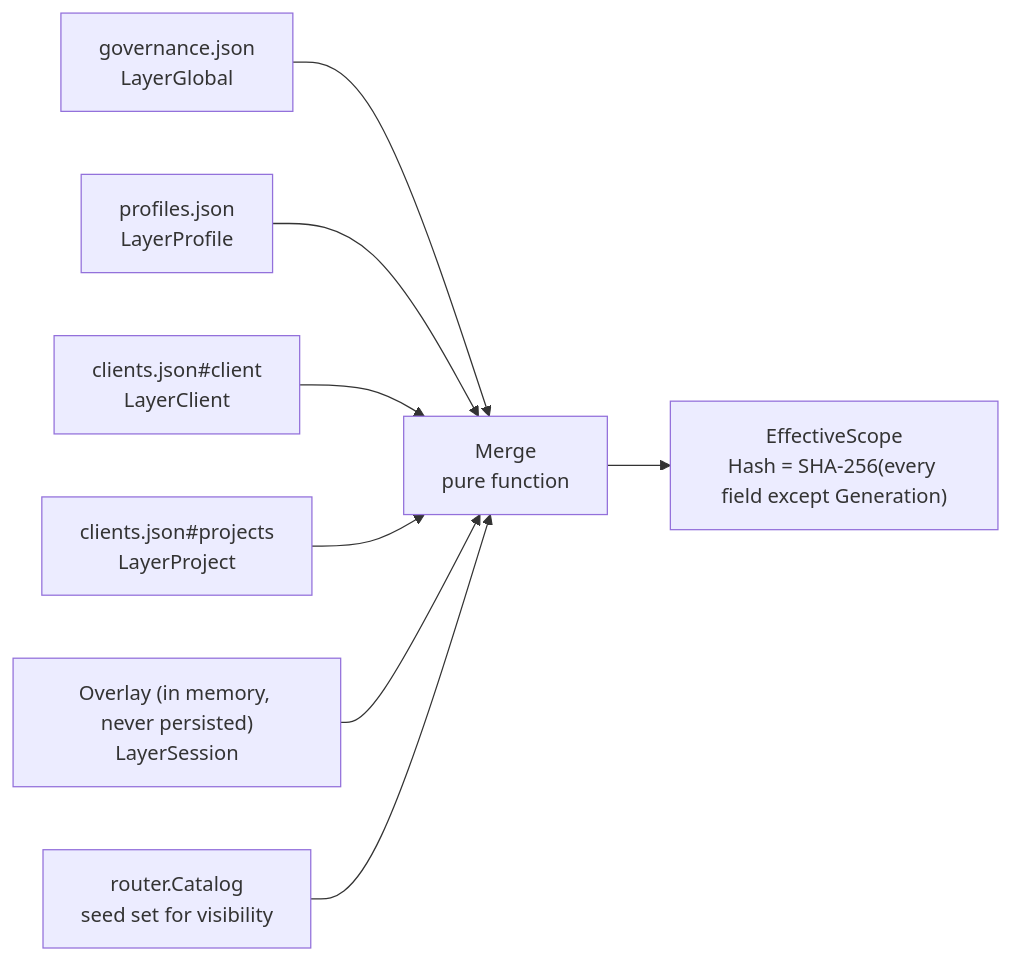
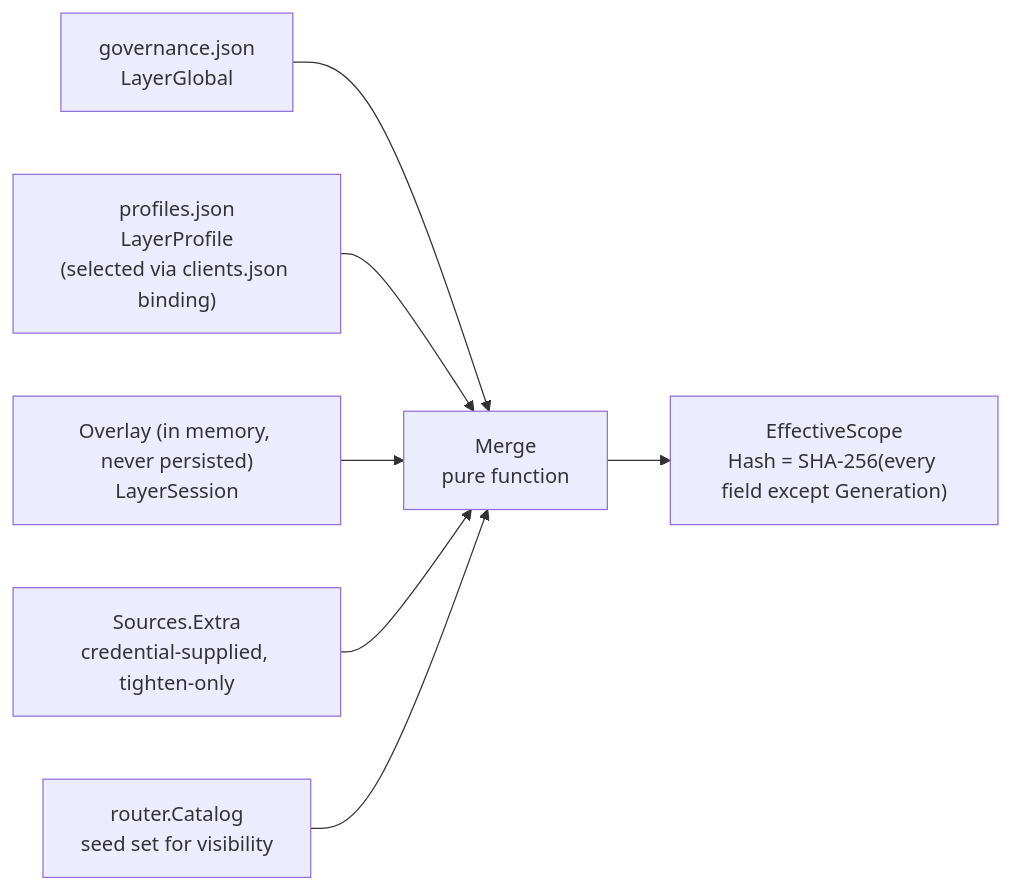
Before and after one commit to dinstein/agent-hub: the first of 2 diagrams in docs/modules/config.md, drawn with Mermaid. The commit also changed other lines of this file and 22 other files, not shown here.

````diff
--- a/docs/modules/config.md
+++ b/docs/modules/config.md
@@ -79,10 +85,9 @@
 ```mermaid
 flowchart LR
   G["governance.json<br/>LayerGlobal"] --> M
-  P["profiles.json<br/>LayerProfile"] --> M
-  C["clients.json#client<br/>LayerClient"] --> M
-  J["clients.json#projects<br/>LayerProject"] --> M
+  P["profiles.json<br/>LayerProfile<br/>(selected via clients.json binding)"] --> M
   O["Overlay (in memory, never persisted)<br/>LayerSession"] --> M
+  X["Sources.Extra<br/>credential-supplied, tighten-only"] --> M
   CAT["router.Catalog<br/>seed set for visibility"] --> M
   M["Merge<br/>pure function"] --> ES["EffectiveScope<br/>Hash = SHA-256(every field except Generation)"]
 ```
````
